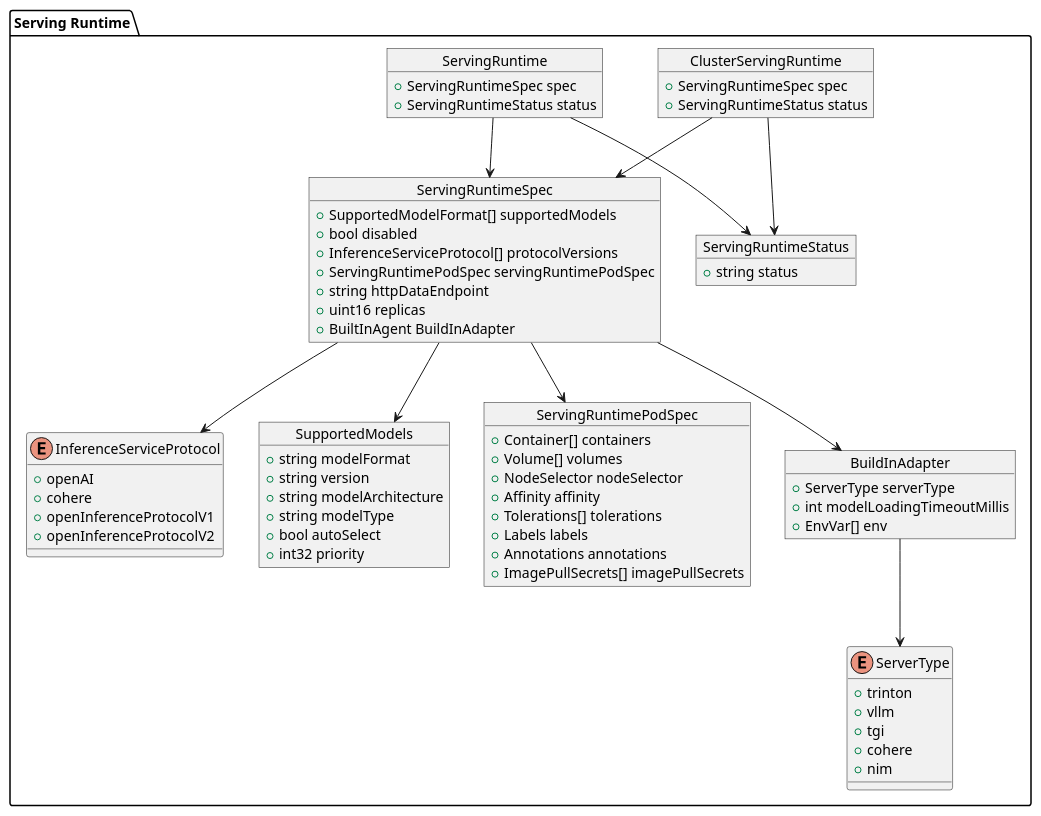
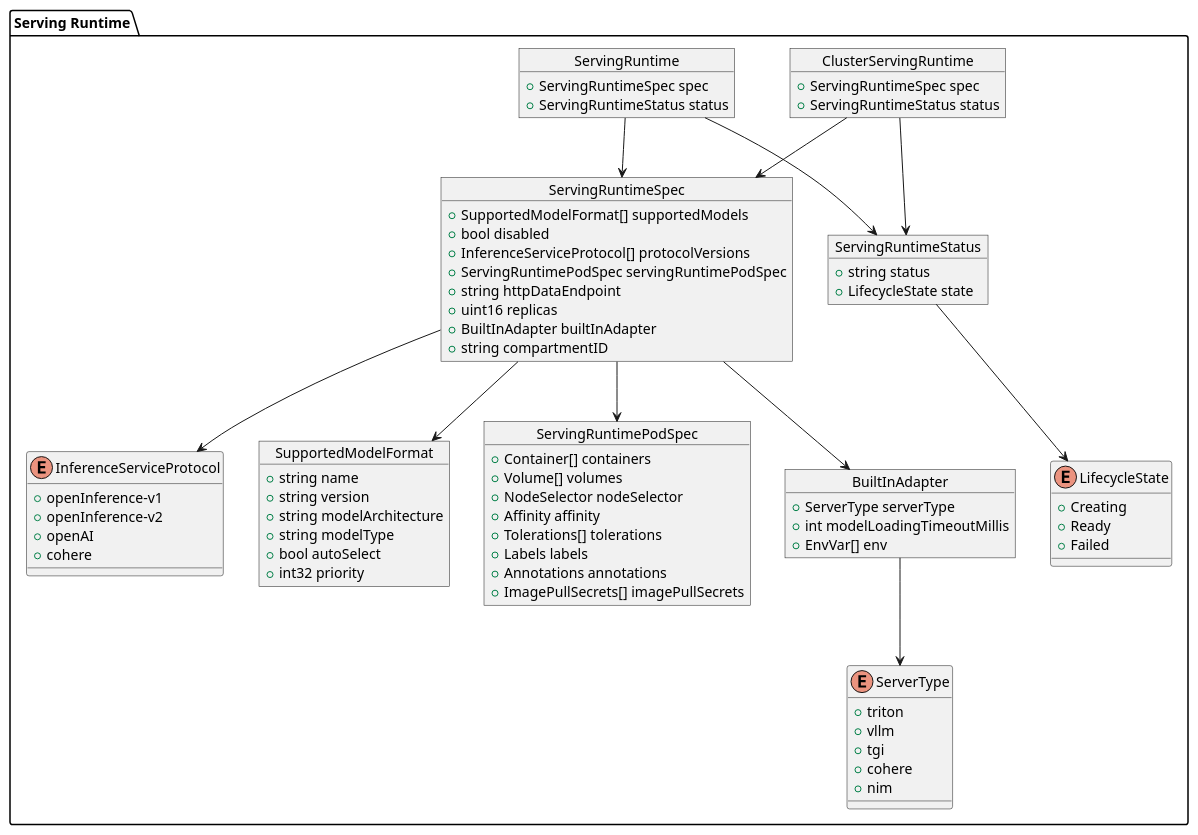
One commit to sgl-project/ome changed the diagram in site/assets/runtime.plantuml. Above: the diagram before and after it, drawn with PlantUML. The commit also changed 10 other files, not shown here.

First line of the commit message:
[Docs] updating existing plantuml to reflect CRD updates

```diff
--- a/site/assets/runtime.plantuml
+++ b/site/assets/runtime.plantuml
@@ -1,78 +1,89 @@
 @startuml
 package "Serving Runtime" {
 
   object ClusterServingRuntime {
     + ServingRuntimeSpec spec
     + ServingRuntimeStatus status
   }
 
   object ServingRuntime {
     + ServingRuntimeSpec spec
     + ServingRuntimeStatus status
   }
 
   object ServingRuntimeSpec {
     + SupportedModelFormat[] supportedModels
     + bool disabled
     + InferenceServiceProtocol[] protocolVersions
     + ServingRuntimePodSpec servingRuntimePodSpec
     + string httpDataEndpoint
     + uint16 replicas
-    + BuiltInAgent BuildInAdapter
+    + BuiltInAdapter builtInAdapter
+    + string compartmentID
   }
 
-  enum InferenceServiceProtocol{
+  enum InferenceServiceProtocol {
+    + openInference-v1
+    + openInference-v2
     + openAI
     + cohere
-    + openInferenceProtocolV1
-    + openInferenceProtocolV2
   }
 
-  object SupportedModels {
-    + string modelFormat
+  object SupportedModelFormat {
+    + string name
     + string version
     + string modelArchitecture
     + string modelType
     + bool autoSelect
     + int32 priority
   }
+
   object ServingRuntimePodSpec {
     + Container[] containers
     + Volume[] volumes
     + NodeSelector nodeSelector
     + Affinity affinity
     + Tolerations[] tolerations
     + Labels labels
     + Annotations annotations
     + ImagePullSecrets[] imagePullSecrets
   }
-  object BuildInAdapter {
+
+  object BuiltInAdapter {
     + ServerType serverType
     + int modelLoadingTimeoutMillis
     + EnvVar[] env
   }
 
   enum ServerType {
-    + trinton
+    + triton
     + vllm
     + tgi
     + cohere
     + nim
   }
 
   object ServingRuntimeStatus {
     + string status
+    + LifecycleState state
   }
 
-  ClusterServingRuntime -> ServingRuntimeSpec
+  enum LifecycleState {
+    + Creating
+    + Ready
+    + Failed
+  }
+
+  ClusterServingRuntime --> ServingRuntimeSpec
   ServingRuntime --> ServingRuntimeSpec
   ClusterServingRuntime --> ServingRuntimeStatus
   ServingRuntime --> ServingRuntimeStatus
   ServingRuntimeSpec --> InferenceServiceProtocol
-  ServingRuntimeSpec --> SupportedModels
+  ServingRuntimeSpec --> SupportedModelFormat
   ServingRuntimeSpec --> ServingRuntimePodSpec
-  ServingRuntimeSpec --> BuildInAdapter
-  BuildInAdapter --> ServerType
+  ServingRuntimeSpec --> BuiltInAdapter
+  BuiltInAdapter --> ServerType
+  ServingRuntimeStatus --> LifecycleState
 }
 
 @enduml
```
